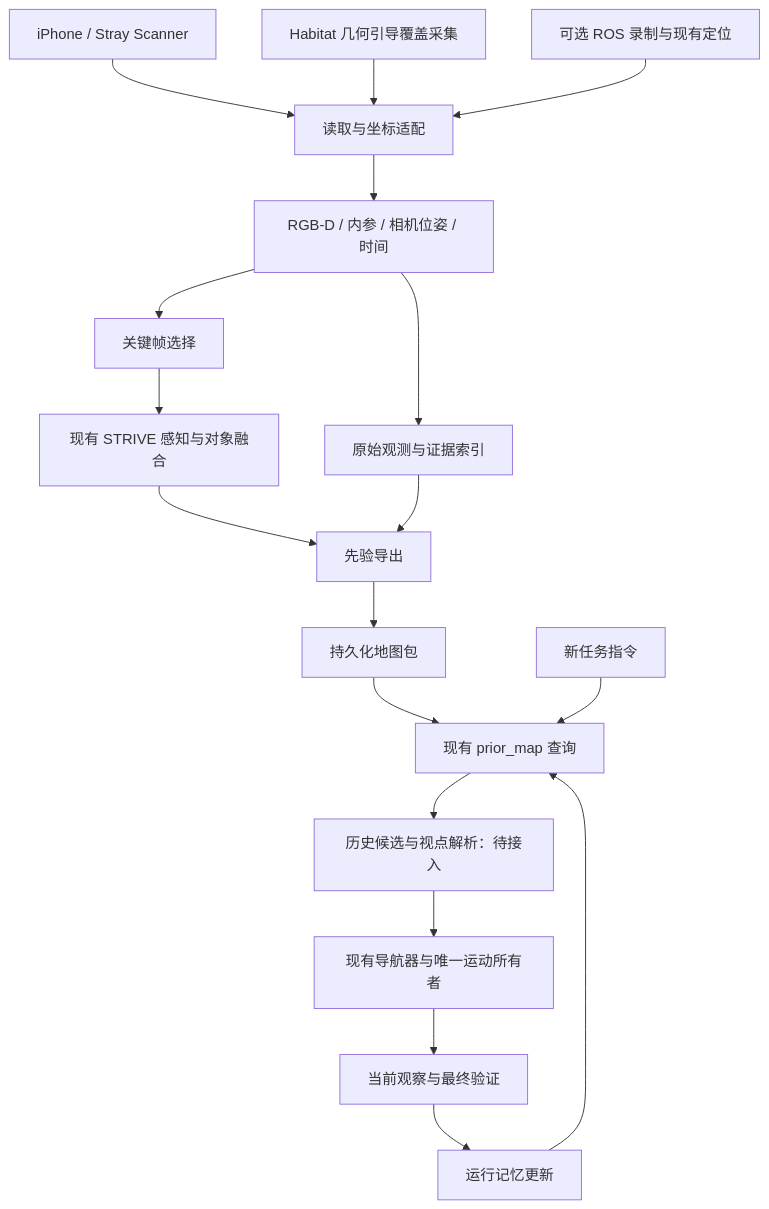
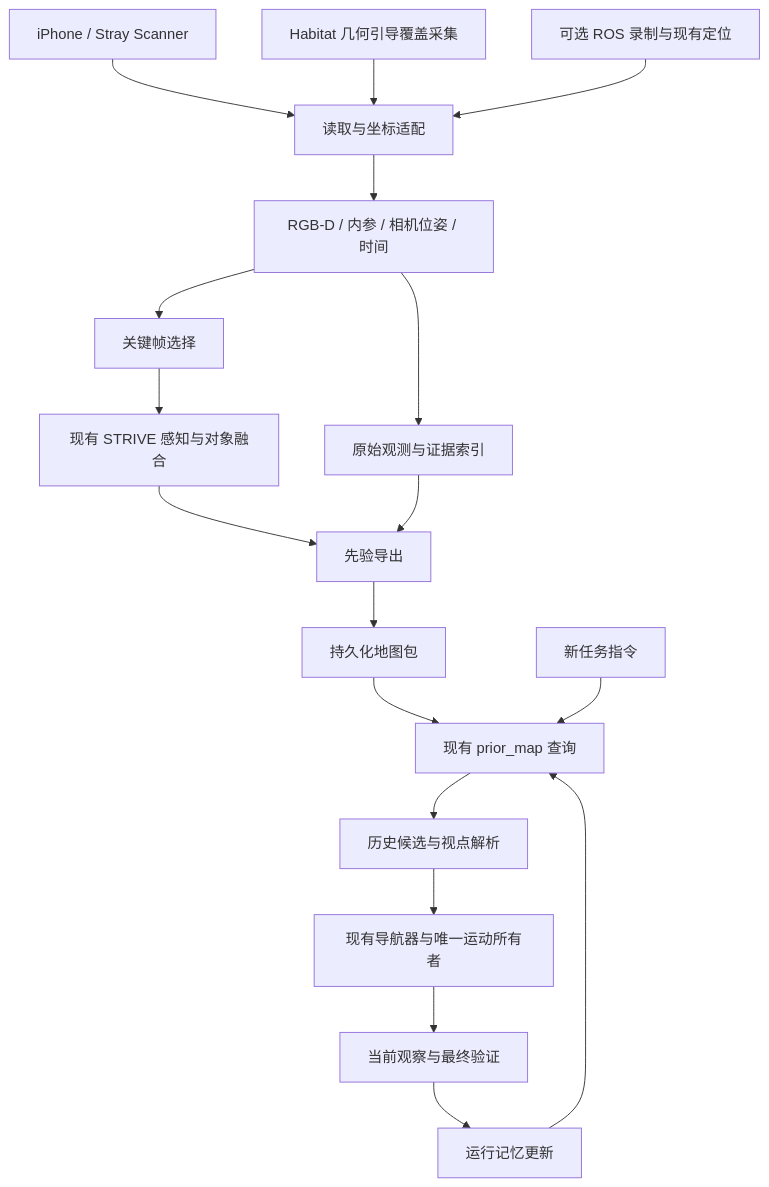
The diagram in docs/prior_map_mode.md (Suhao07/HuaWeiNav), drawn with Mermaid before and after one commit. The commit also changed other lines of this file and 5 other files, not shown here.

````diff
--- a/docs/prior_map_mode.md
+++ b/docs/prior_map_mode.md
@@ -63,20 +77,20 @@
 ```mermaid
 flowchart TD
     P[iPhone / Stray Scanner] --> A[读取与坐标适配]
     H[Habitat 几何引导覆盖采集] --> A
     R[可选 ROS 录制与现有定位] --> A
     A --> O[RGB-D / 内参 / 相机位姿 / 时间]
     O --> K[关键帧选择]
     K --> M[现有 STRIVE 感知与对象融合]
     M --> X[先验导出]
     O --> E[原始观测与证据索引]
     E --> X
     X --> B[持久化地图包]
     B --> Q[现有 prior_map 查询]
     I[新任务指令] --> Q
-    Q --> V[历史候选与视点解析：待接入]
+    Q --> V[历史候选与视点解析]
     V --> N[现有导航器与唯一运动所有者]
     N --> F[当前观察与最终验证]
     F --> U[运行记忆更新]
     U --> Q
 ```
````
